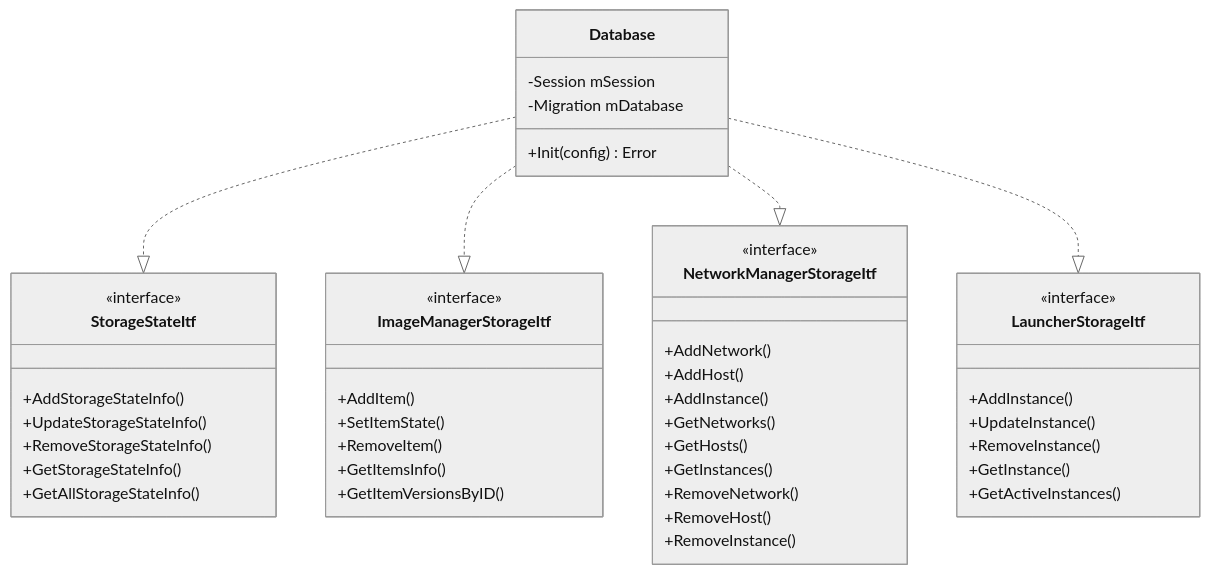
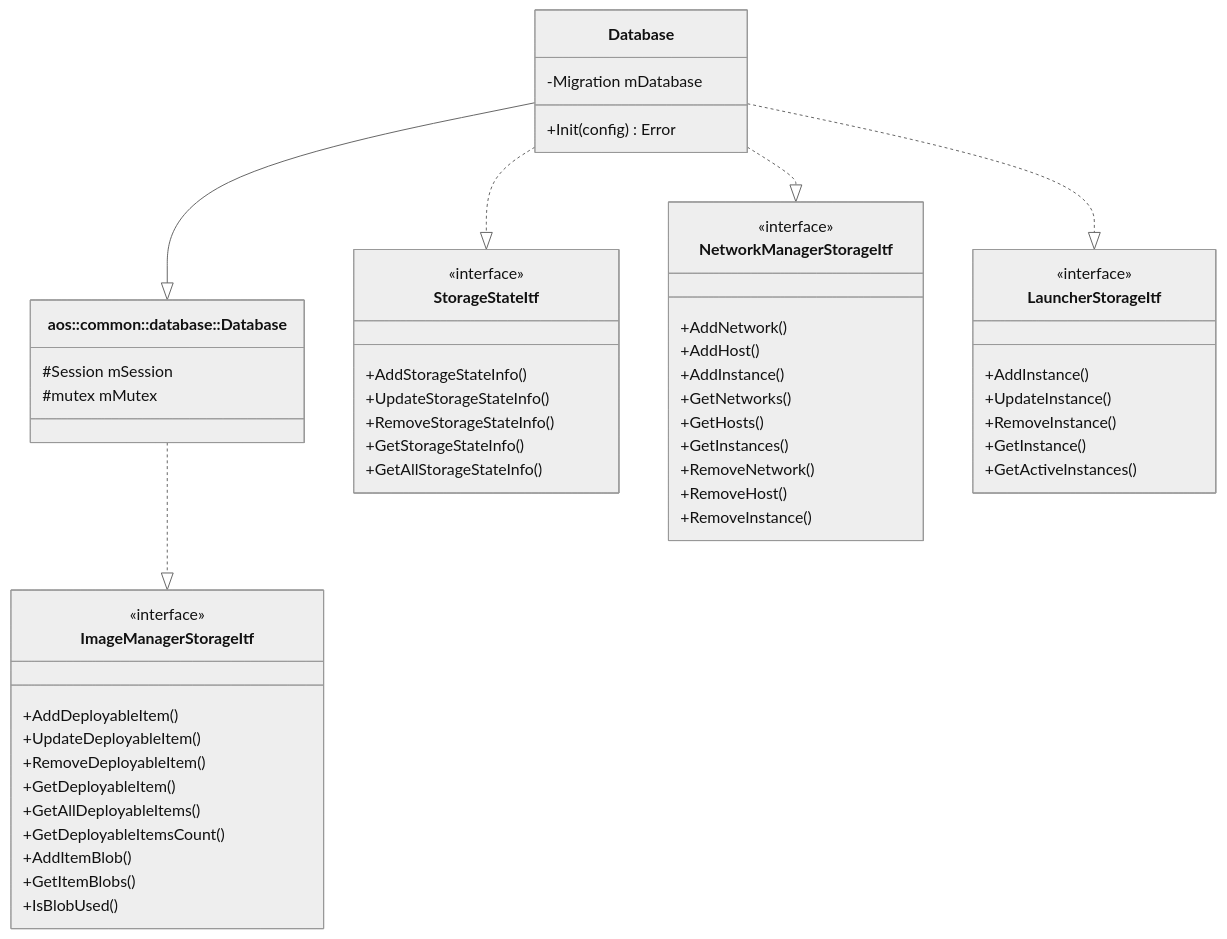
The diagram in src/cm/database/database.md (aosedge/aos_core_cpp), drawn with Mermaid (neutral theme) before and after one commit. The commit also changed other lines of this file and 13 other files, not shown here.

Commit message:
cm: database: implement common image manager storage

````diff
--- a/src/cm/database/database.md
+++ b/src/cm/database/database.md
@@ -17,53 +18,62 @@
 ```mermaid
 classDiagram
     class Database {
-        -Session mSession
         -Migration mDatabase
         +Init(config) Error
+    }
+
+    class CommonDatabase["aos::common::database::Database"] {
+        #Session mSession
+        #mutex mMutex
     }
     
     class StorageStateItf {
         <<interface>>
         +AddStorageStateInfo()
         +UpdateStorageStateInfo()
         +RemoveStorageStateInfo()
         +GetStorageStateInfo()
         +GetAllStorageStateInfo()
     }
     
     class ImageManagerStorageItf {
         <<interface>>
-        +AddItem()
-        +SetItemState()
-        +RemoveItem()
-        +GetItemsInfo()
-        +GetItemVersionsByID()
+        +AddDeployableItem()
+        +UpdateDeployableItem()
+        +RemoveDeployableItem()
+        +GetDeployableItem()
+        +GetAllDeployableItems()
+        +GetDeployableItemsCount()
+        +AddItemBlob()
+        +GetItemBlobs()
+        +IsBlobUsed()
     }
     
     class NetworkManagerStorageItf {
         <<interface>>
         +AddNetwork()
         +AddHost()
         +AddInstance()
         +GetNetworks()
         +GetHosts()
         +GetInstances()
         +RemoveNetwork()
         +RemoveHost()
         +RemoveInstance()
     }
     
     class LauncherStorageItf {
         <<interface>>
         +AddInstance()
         +UpdateInstance()
         +RemoveInstance()
         +GetInstance()
         +GetActiveInstances()
     }
     
+    Database --|> CommonDatabase
+    CommonDatabase ..|> ImageManagerStorageItf
     Database ..|> StorageStateItf
-    Database ..|> ImageManagerStorageItf
     Database ..|> NetworkManagerStorageItf
     Database ..|> LauncherStorageItf
 ```
````
